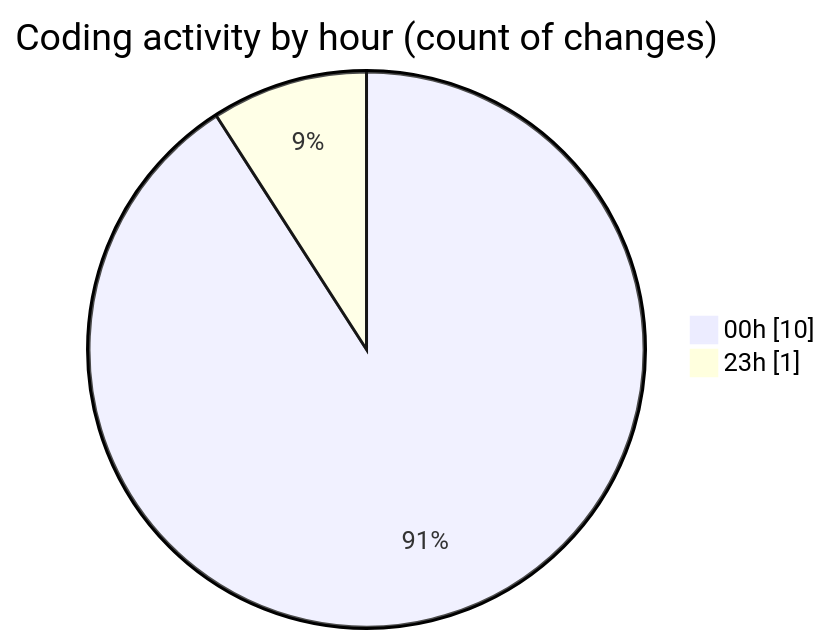
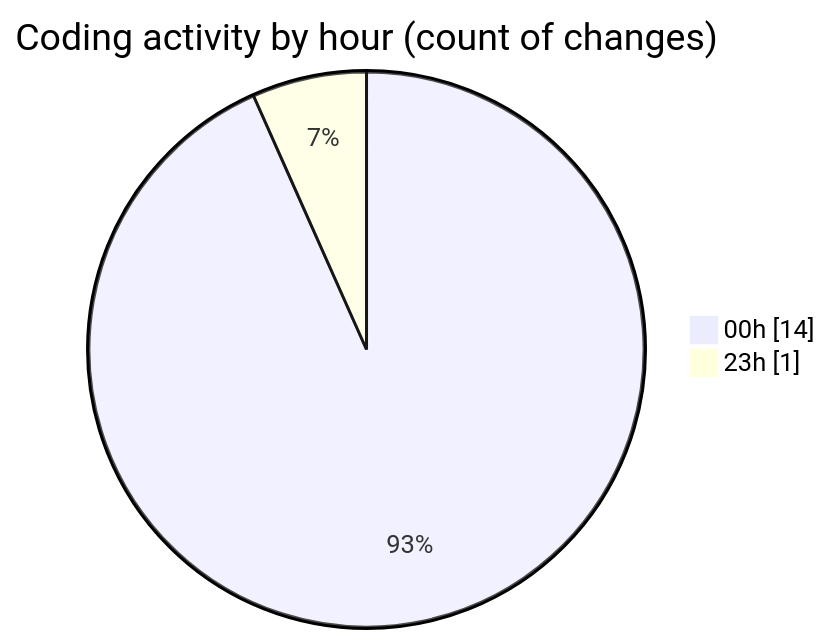
Before and after one commit to donsfak/code-tracking: the second of 2 diagrams in 2025-01-02/uber_clone/README.md, drawn with Mermaid. The commit also changed other lines of this file and 1 other file, not shown here.

````diff
--- a/2025-01-02/uber_clone/README.md
+++ b/2025-01-02/uber_clone/README.md
@@ -28,6 +29,6 @@
 ```mermaid
 pie showData
 title Coding activity by hour (count of changes)
-"00h" : 10
+"00h" : 14
 "23h" : 1
 ```
````
